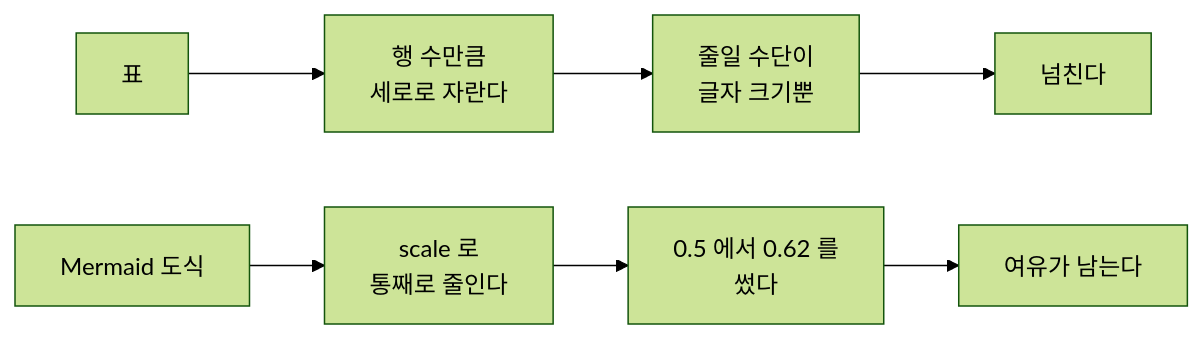
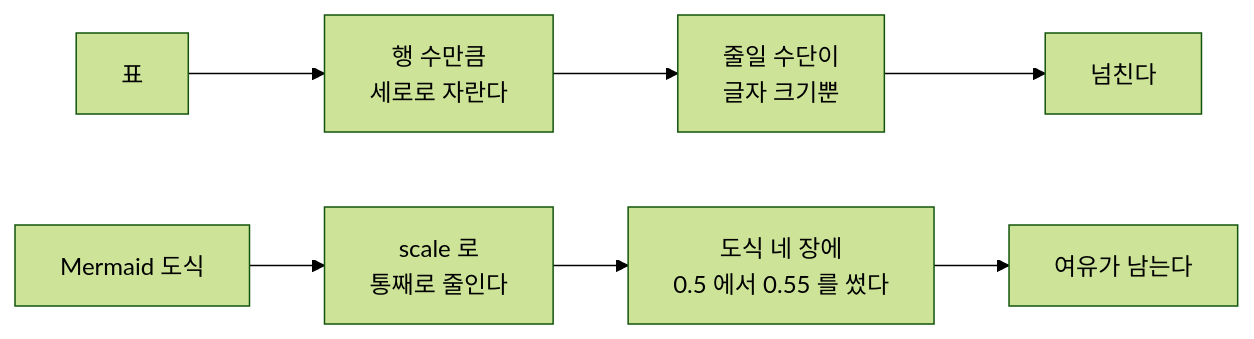
One commit to withwooyong/withwooyong.github.io changed the second of 3 diagrams in docs/superpowers/reports/2026-09-06-presentation-format-survey.md. Above: the diagram before and after it, drawn with Mermaid (forest theme). The commit also changed other lines of this file, not shown here.

````diff
--- a/docs/superpowers/reports/2026-09-06-presentation-format-survey.md
+++ b/docs/superpowers/reports/2026-09-06-presentation-format-survey.md
@@ -196,9 +196,9 @@
 ```mermaid
 flowchart LR
     T["표"] --> T1["행 수만큼<br/>세로로 자란다"]
     T1 --> T2["줄일 수단이<br/>글자 크기뿐"]
     T2 --> T3["넘친다"]
     D["Mermaid 도식"] --> D1["scale 로<br/>통째로 줄인다"]
-    D1 --> D2["0.5 에서 0.62 를<br/>썼다"]
+    D1 --> D2["도식 네 장에<br/>0.5 에서 0.55 를 썼다"]
     D2 --> D3["여유가 남는다"]
 ```
````
